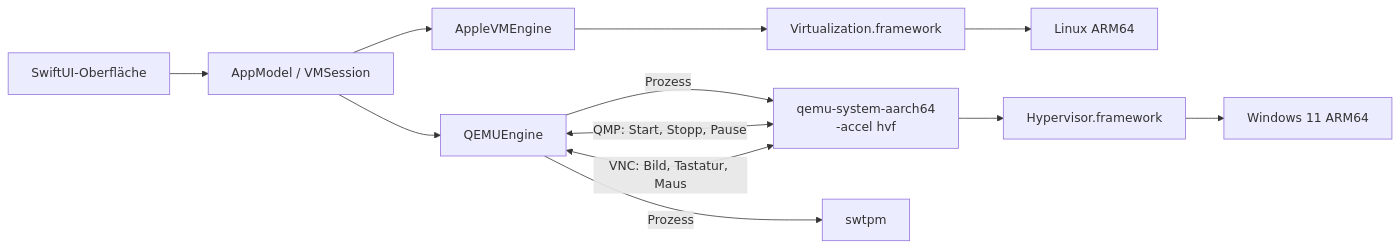
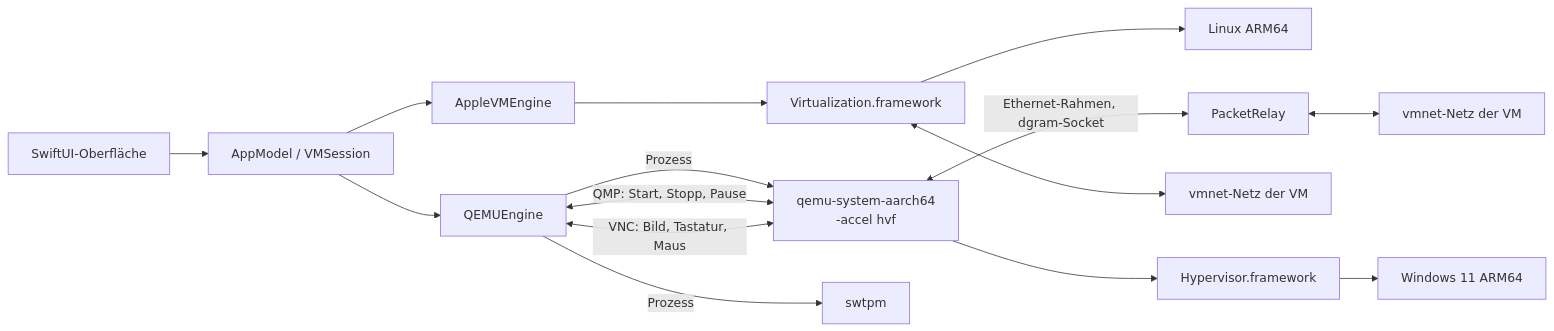
Before and after one commit to devoky99/Pluralism: the diagram in docs/ARCHITECTURE.md, drawn with Mermaid. The commit also changed other lines of this file and 4 other files, not shown here.

````diff
--- a/docs/ARCHITECTURE.md
+++ b/docs/ARCHITECTURE.md
@@ -39,14 +40,17 @@
 ```mermaid
 flowchart LR
     UI[SwiftUI-Oberfläche] --> Model[AppModel / VMSession]
     Model --> Apple[AppleVMEngine]
     Model --> QEMU[QEMUEngine]
     Apple --> VZ[Virtualization.framework]
     VZ --> LinuxGast[Linux ARM64]
     QEMU -->|Prozess| Q[qemu-system-aarch64<br/>-accel hvf]
     QEMU -->|Prozess| T[swtpm]
     QEMU <-->|QMP: Start, Stopp, Pause| Q
     QEMU <-->|VNC: Bild, Tastatur, Maus| Q
+    Q <-->|Ethernet-Rahmen, dgram-Socket| Relay[PacketRelay]
+    Relay <--> VMNET[vmnet-Netz der VM]
+    VZ <--> VMNET2[vmnet-Netz der VM]
     Q --> HVF[Hypervisor.framework]
     HVF --> WinGast[Windows 11 ARM64]
 ```
````
